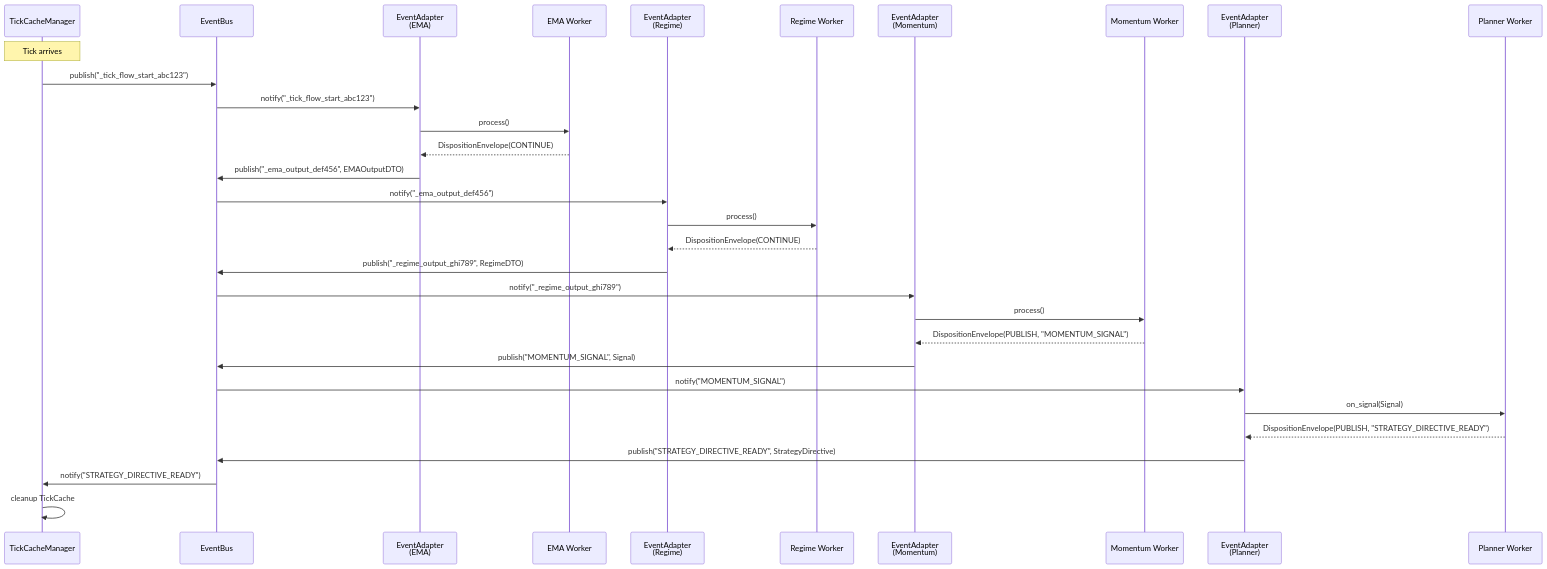
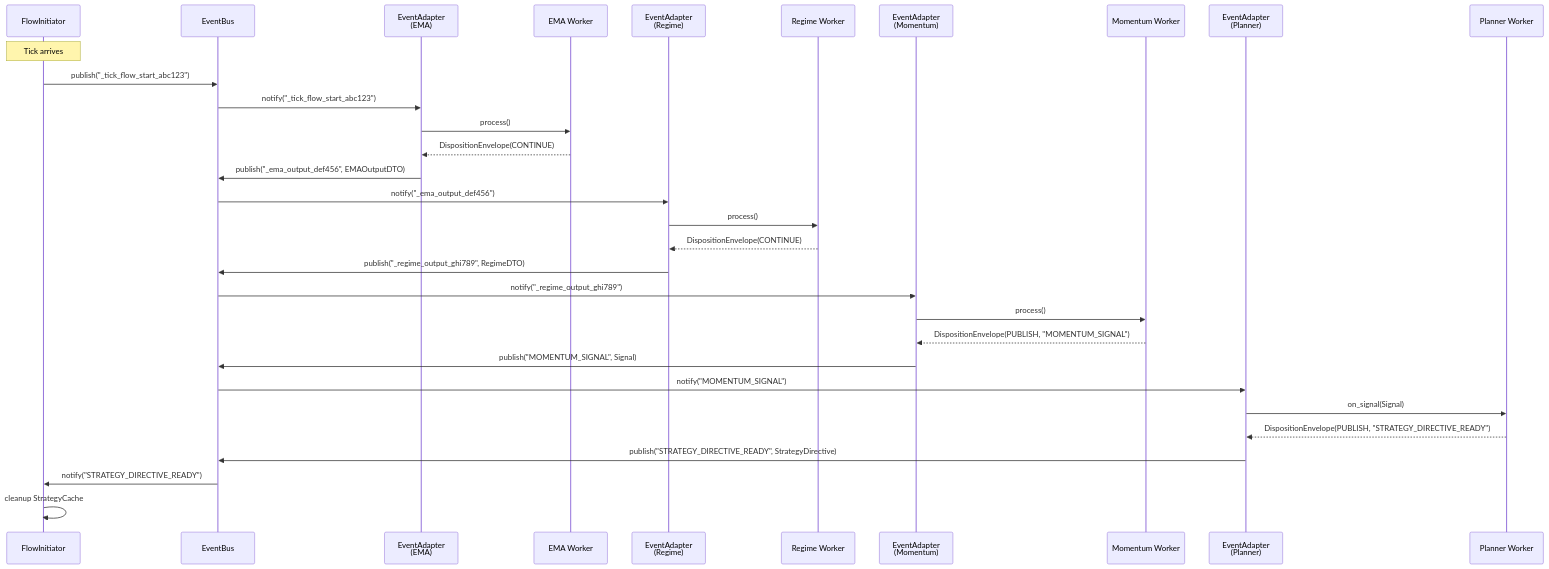
One commit to MikeyVK/S1mpleTraderV3 changed the second of 4 diagrams in docs/architecture/EVENT_DRIVEN_WIRING.md. Above: the diagram before and after it, drawn with Mermaid. The commit also changed other lines of this file and 29 other files, not shown here.

````diff
--- a/docs/architecture/EVENT_DRIVEN_WIRING.md
+++ b/docs/architecture/EVENT_DRIVEN_WIRING.md
@@ -355,39 +355,39 @@
 ```mermaid
 sequenceDiagram
-    participant TCM as TickCacheManager
+    participant TCM as FlowInitiator
     participant Bus as EventBus
     participant A_EMA as EventAdapter<br/>(EMA)
     participant EMA as EMA Worker
     participant A_Regime as EventAdapter<br/>(Regime)
     participant Regime as Regime Worker
     participant A_Mom as EventAdapter<br/>(Momentum)
     participant Mom as Momentum Worker
     participant A_Plan as EventAdapter<br/>(Planner)
     participant Plan as Planner Worker
     
     Note over TCM: Tick arrives
     TCM->>Bus: publish("_tick_flow_start_abc123")
     
     Bus->>A_EMA: notify("_tick_flow_start_abc123")
     A_EMA->>EMA: process()
     EMA-->>A_EMA: DispositionEnvelope(CONTINUE)
     A_EMA->>Bus: publish("_ema_output_def456", EMAOutputDTO)
     
     Bus->>A_Regime: notify("_ema_output_def456")
     A_Regime->>Regime: process()
     Regime-->>A_Regime: DispositionEnvelope(CONTINUE)
     A_Regime->>Bus: publish("_regime_output_ghi789", RegimeDTO)
     
     Bus->>A_Mom: notify("_regime_output_ghi789")
     A_Mom->>Mom: process()
     Mom-->>A_Mom: DispositionEnvelope(PUBLISH, "MOMENTUM_SIGNAL")
     A_Mom->>Bus: publish("MOMENTUM_SIGNAL", Signal)
     
     Bus->>A_Plan: notify("MOMENTUM_SIGNAL")
     A_Plan->>Plan: on_signal(Signal)
     Plan-->>A_Plan: DispositionEnvelope(PUBLISH, "STRATEGY_DIRECTIVE_READY")
     A_Plan->>Bus: publish("STRATEGY_DIRECTIVE_READY", StrategyDirective)
     
     Bus->>TCM: notify("STRATEGY_DIRECTIVE_READY")
-    TCM->>TCM: cleanup TickCache
+    TCM->>TCM: cleanup StrategyCache
 ```
````
